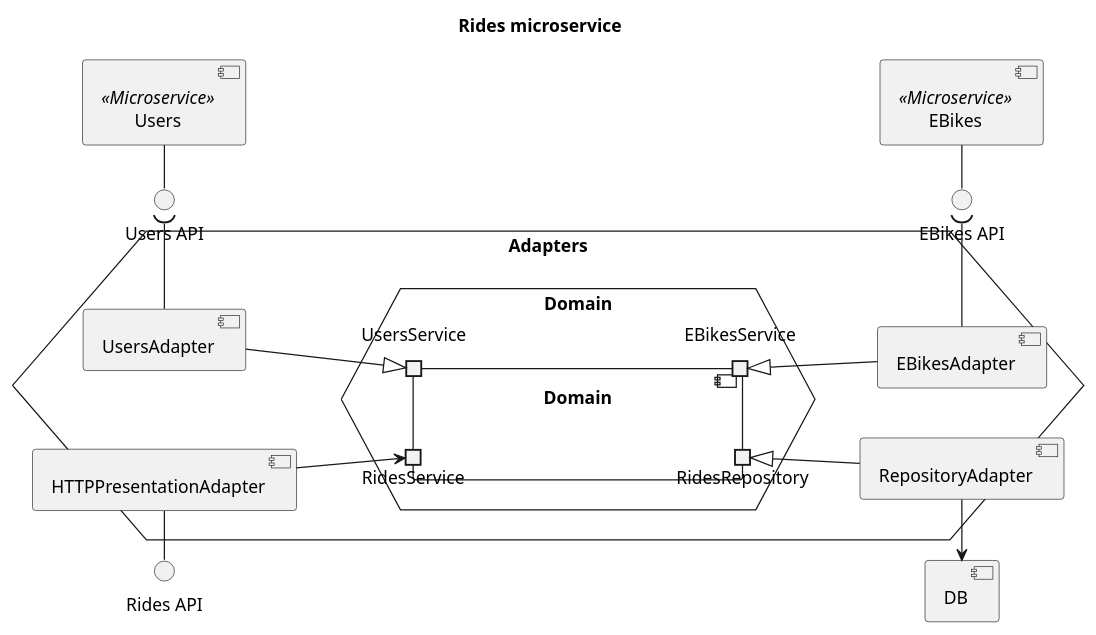
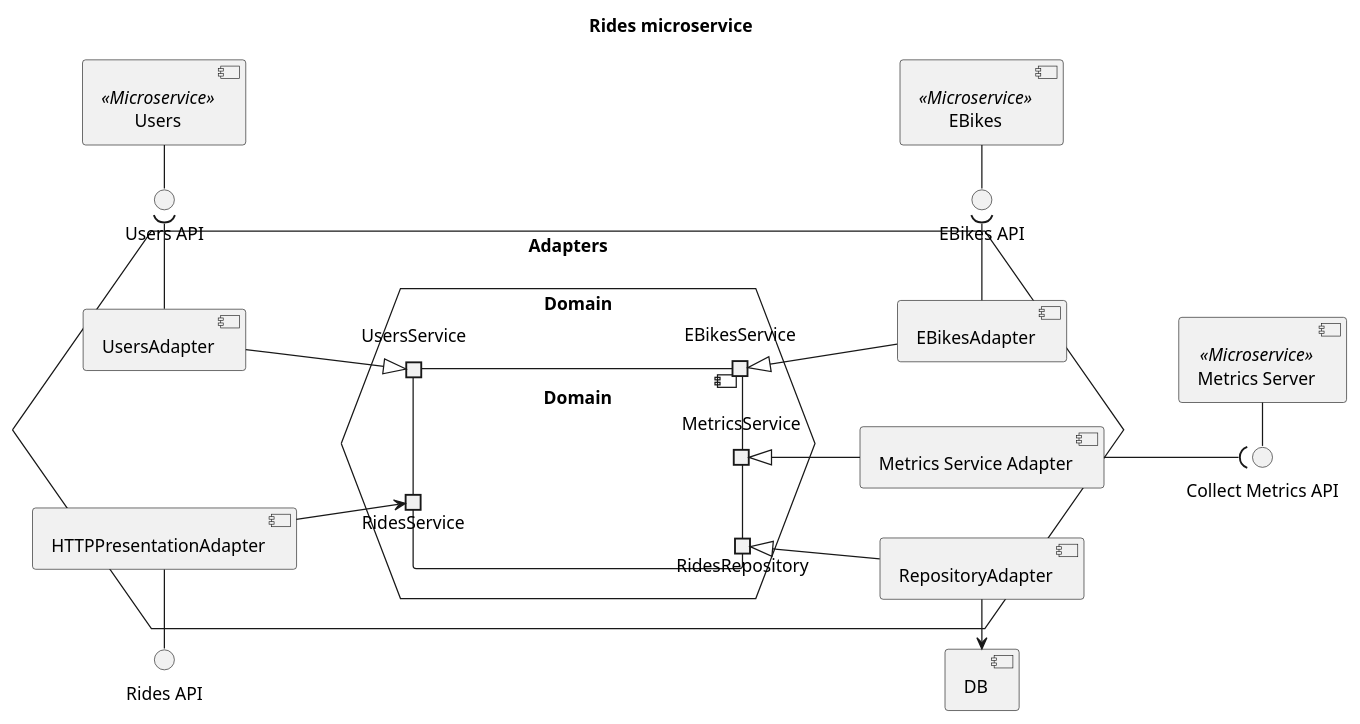
Before and after one commit to Ventus218/SAP-assignment-02: the diagram in doc/diagrams/src/rides-components.puml, drawn with PlantUML. The commit also changed 11 other files, not shown here.

Commit message:
Added Metrics Server

```diff
--- a/doc/diagrams/src/rides-components.puml
+++ b/doc/diagrams/src/rides-components.puml
@@ -1,46 +1,55 @@
 @startuml rides-components
 
 title "Rides microservice"
 
 left to right direction
 
 component "DB"
 interface "Rides API" as RidesAPI
 interface "EBikes API" as EBikesAPI
 interface "Users API" as UsersAPI
+interface "Collect Metrics API" as CollectMetricsAPI
 
 hexagon Adapters {
     hexagon Domain as DomainHex {
         component Domain {
             'ports in or out are just used for layout purposes and do not have any semantic'
             portout "RidesRepository" as Repo
             portin RidesService
             portin UsersService
+            portout MetricsService
             portout EBikesService
         }
     }
 
     component "RepositoryAdapter" as RepoAdapter
     RepoAdapter -l-> DB
     RepoAdapter -u-|> Repo
+
+    component "Metrics Service Adapter" as MetricsAdapter
+    MetricsAdapter -u-|> MetricsService
+    MetricsAdapter --( CollectMetricsAPI
 
     component EBikesAdapter
     EBikesAdapter -r-( EBikesAPI
     EBikesAdapter -u-|> EBikesService
 
     component UsersAdapter
     UsersAdapter -r-( UsersAPI
     UsersAdapter -d-|> UsersService
 
     component "HTTPPresentationAdapter" as HTTPAdapter
     HTTPAdapter -l-() RidesAPI
     HTTPAdapter -d-> RidesService
 }
 
 component "EBikes" as EBikes <<Microservice>>
 EBikes -r-() EBikesAPI
 
 component "Users" as Users <<Microservice>>
 Users -r-() UsersAPI
 
+component "Metrics Server" as MetricsServer <<Microservice>>
+MetricsServer -r-() CollectMetricsAPI
+
 @enduml
```
